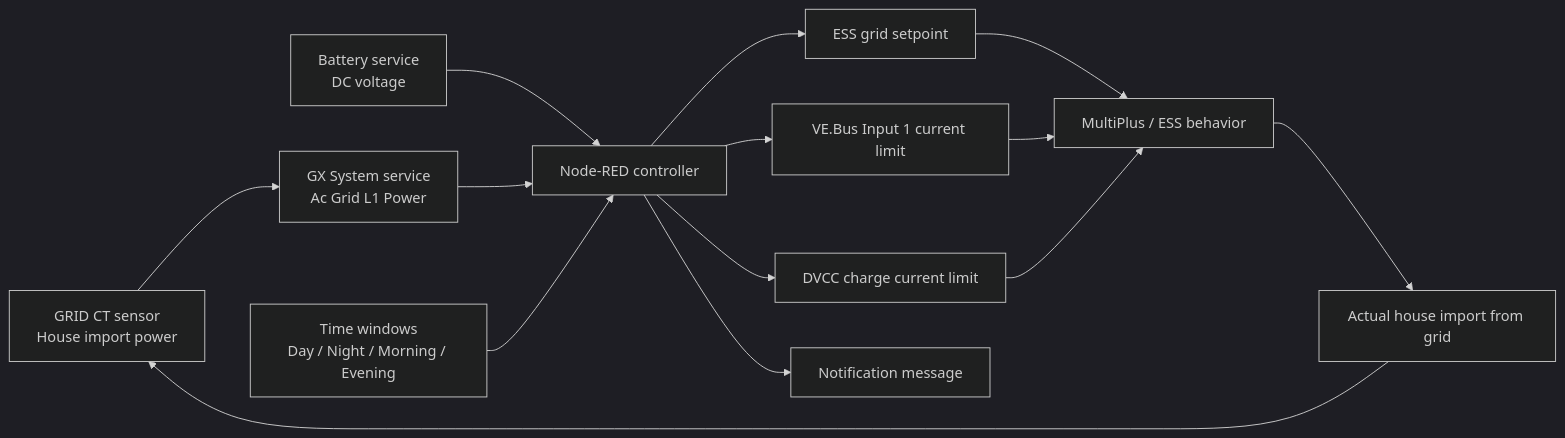
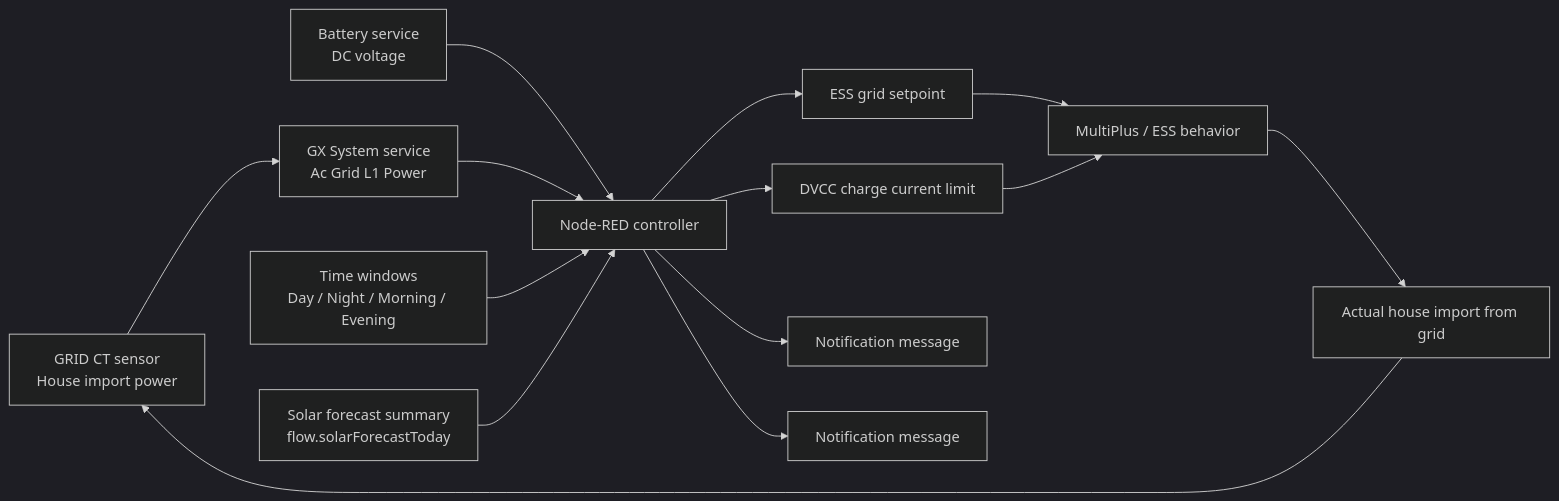
The first of 3 diagrams in README.md (vzakusylo/victron), drawn with Mermaid (dark theme) before and after one commit. The commit also changed other lines of this file and 2 other files, not shown here.

````diff
--- a/README.md
+++ b/README.md
@@ -50,18 +57,18 @@
 ```mermaid
 flowchart LR
     A[GRID CT sensor<br/>House import power] --> B[GX System service<br/>Ac Grid L1 Power]
     C[Battery service<br/>DC voltage] --> D[Node-RED controller]
     B --> D
     E[Time windows<br/>Day / Night / Morning / Evening] --> D
+    X[Solar forecast summary<br/>flow.solarForecastToday] --> D
 
     D --> F[DVCC charge current limit]
     D --> G[ESS grid setpoint]
-    D --> H[VE.Bus Input 1 current limit]
+    D --> H[Notification message]
     D --> I[Notification message]
 
     G --> J[MultiPlus / ESS behavior]
-    H --> J
     F --> J
     J --> K[Actual house import from grid]
     K --> A
 ```
````
